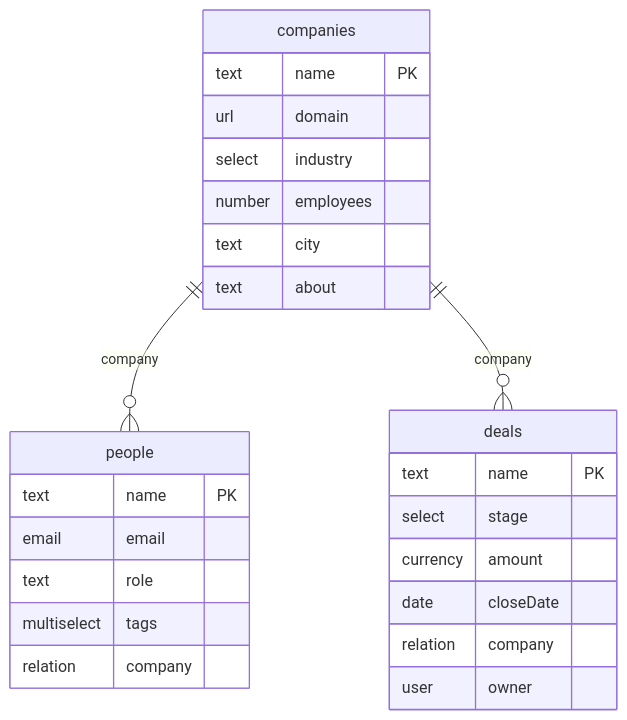
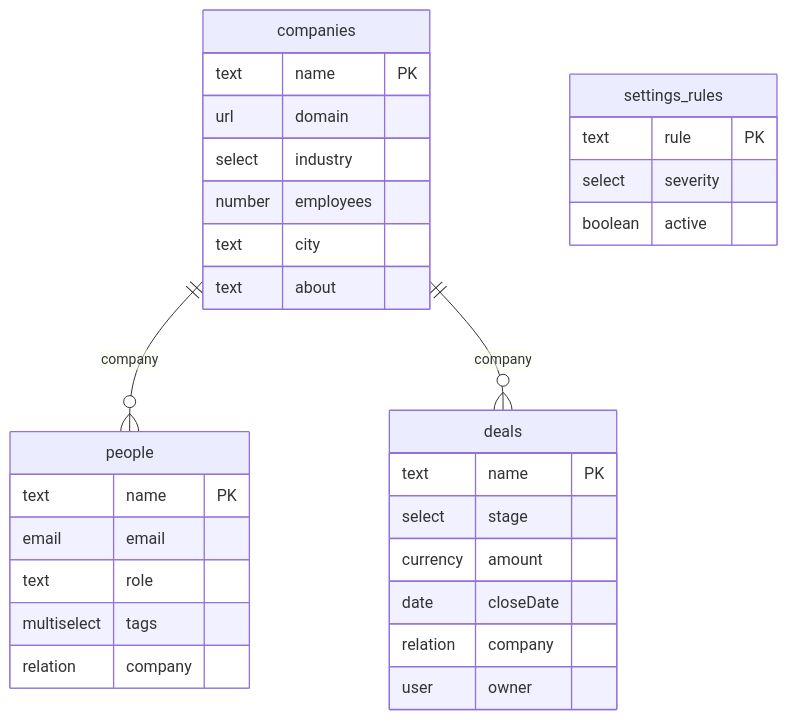
One commit to achammah/nexus-app-starter changed the diagram in docs/DATA-MODEL.md. Above: the diagram before and after it, drawn with Mermaid. The commit also changed other lines of this file and 4 other files, not shown here.

````diff
--- a/docs/DATA-MODEL.md
+++ b/docs/DATA-MODEL.md
@@ -7,28 +7,33 @@
 ```mermaid
 erDiagram
   companies {
     text name "PK"
     url domain
     select industry
     number employees
     text city
     text about
   }
   people {
     text name "PK"
     email email
     text role
     multiselect tags
     relation company
   }
   deals {
     text name "PK"
     select stage
     currency amount
     date closeDate
     relation company
     user owner
   }
+  settings_rules {
+    text rule "PK"
+    select severity
+    boolean active
+  }
   companies ||--o{ people : "company"
   companies ||--o{ deals : "company"
 ```
````
